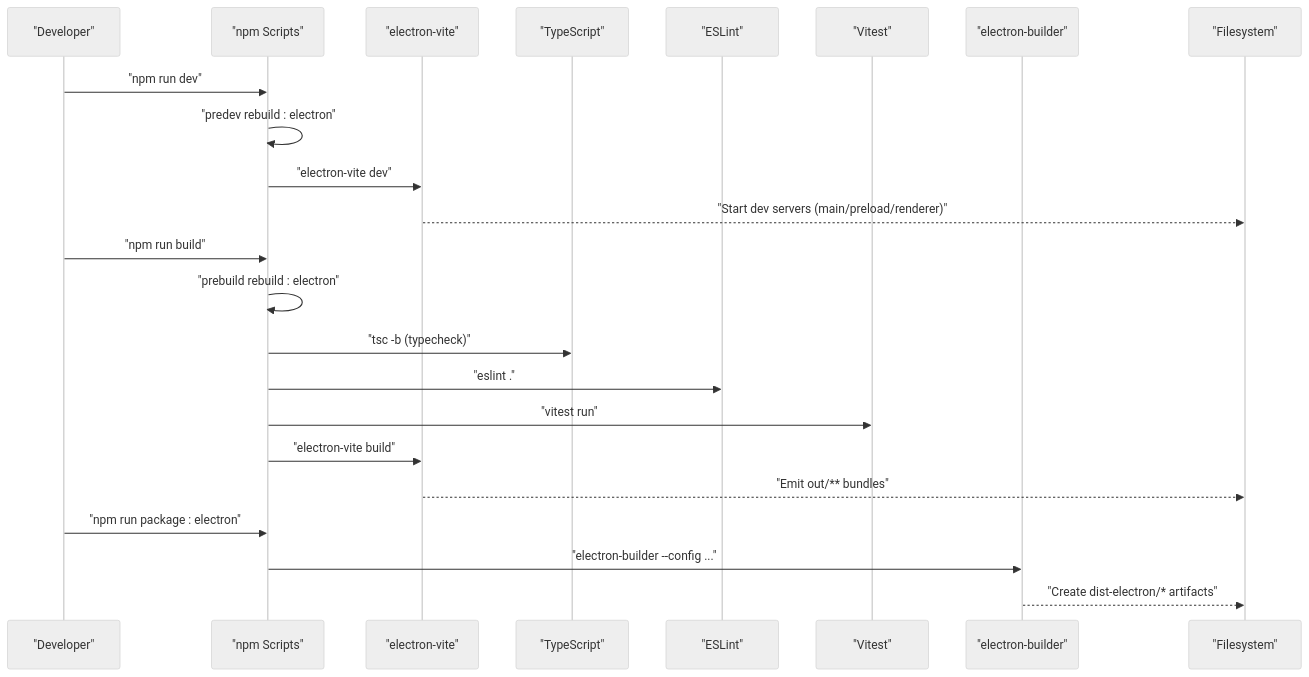
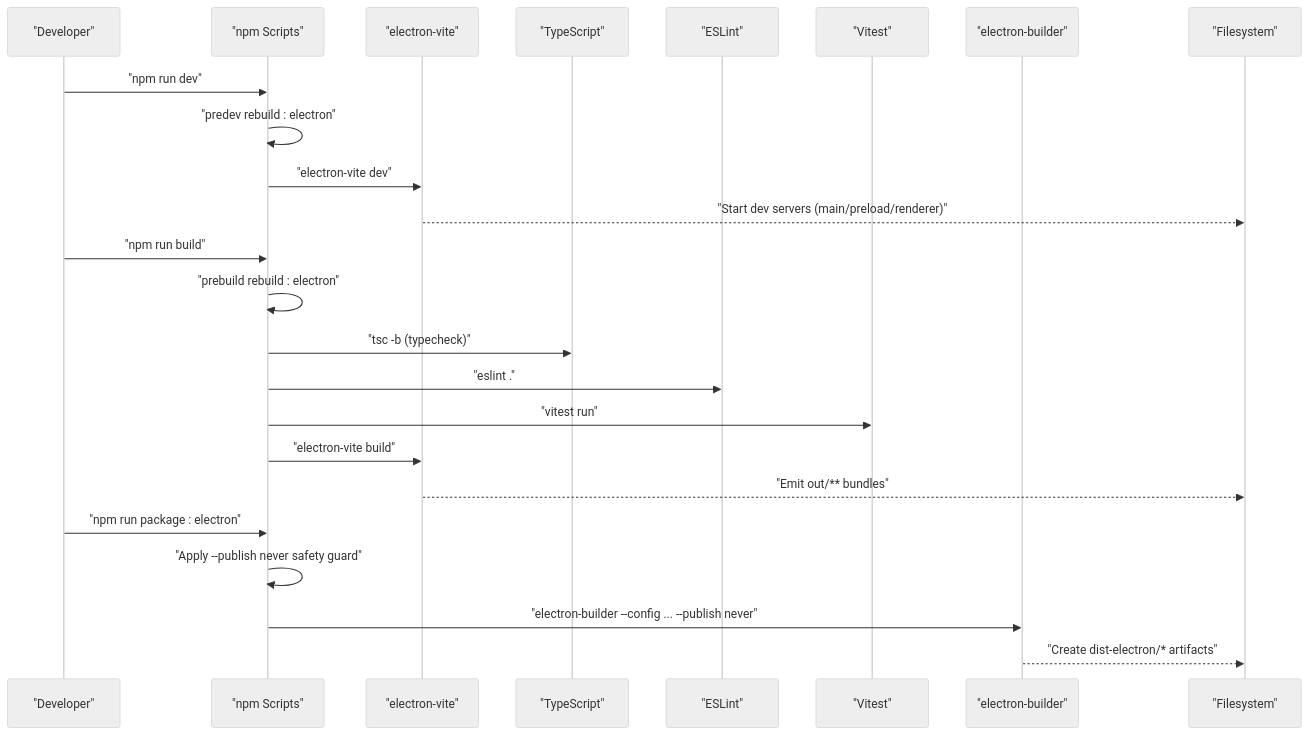
One commit to satyrlord/mixjam-electron changed the second of 11 diagrams in .qoder/repowiki/en/content/Development Guidelines/CI_CD Pipeline & Build System.md. Above: the diagram before and after it, drawn with Mermaid (neutral theme). The commit also changed other lines of this file and 51 other files, not shown here.

````diff
--- a/.qoder/repowiki/en/content/Development Guidelines/CI_CD Pipeline & Build System.md
+++ b/.qoder/repowiki/en/content/Development Guidelines/CI_CD Pipeline & Build System.md
@@ -109,25 +119,26 @@
 ```mermaid
 sequenceDiagram
 participant Dev as "Developer"
 participant NPM as "npm Scripts"
 participant EB as "electron-vite"
 participant TS as "TypeScript"
 participant ESL as "ESLint"
 participant VT as "Vitest"
 participant EBC as "electron-builder"
 participant FS as "Filesystem"
 Dev->>NPM : "npm run dev"
 NPM->>NPM : "predev rebuild : electron"
 NPM->>EB : "electron-vite dev"
 EB-->>FS : "Start dev servers (main/preload/renderer)"
 Dev->>NPM : "npm run build"
 NPM->>NPM : "prebuild rebuild : electron"
 NPM->>TS : "tsc -b (typecheck)"
 NPM->>ESL : "eslint ."
 NPM->>VT : "vitest run"
 NPM->>EB : "electron-vite build"
 EB-->>FS : "Emit out/** bundles"
 Dev->>NPM : "npm run package : electron"
-NPM->>EBC : "electron-builder --config ..."
+NPM->>NPM : "Apply --publish never safety guard"
+NPM->>EBC : "electron-builder --config ... --publish never"
 EBC-->>FS : "Create dist-electron/* artifacts"
 ```
````
